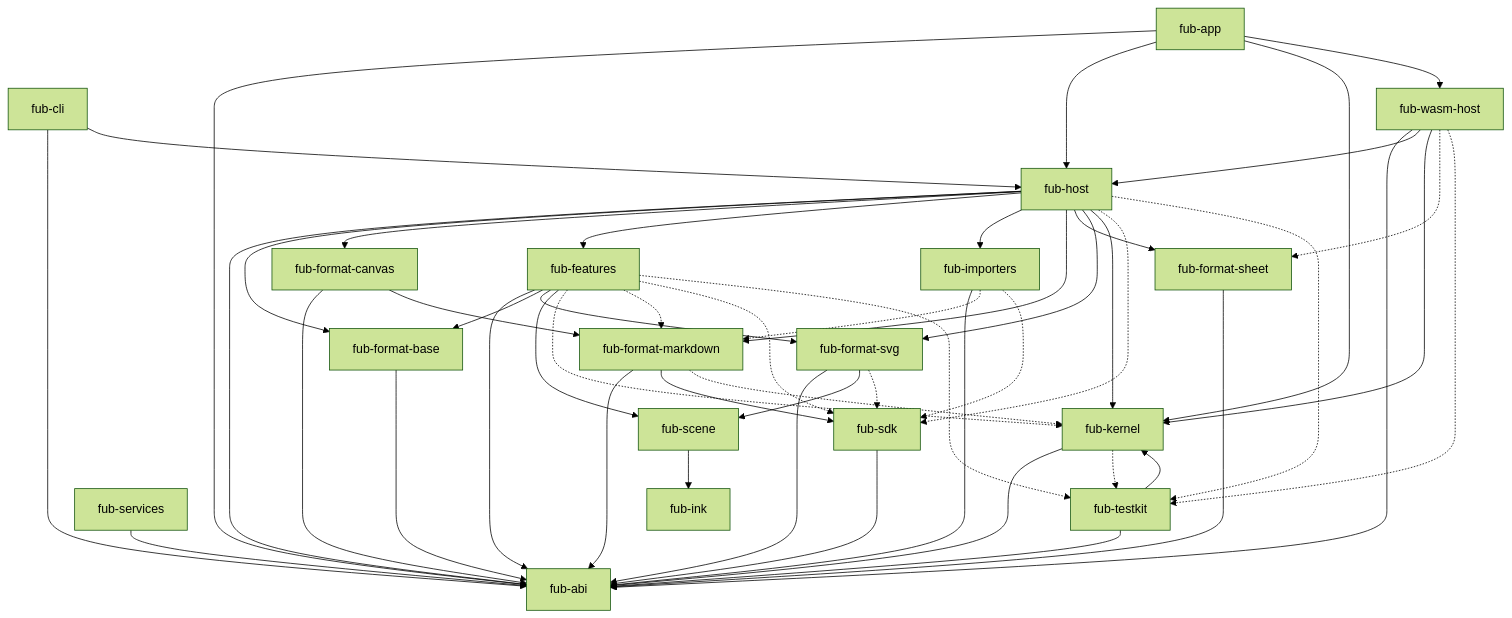
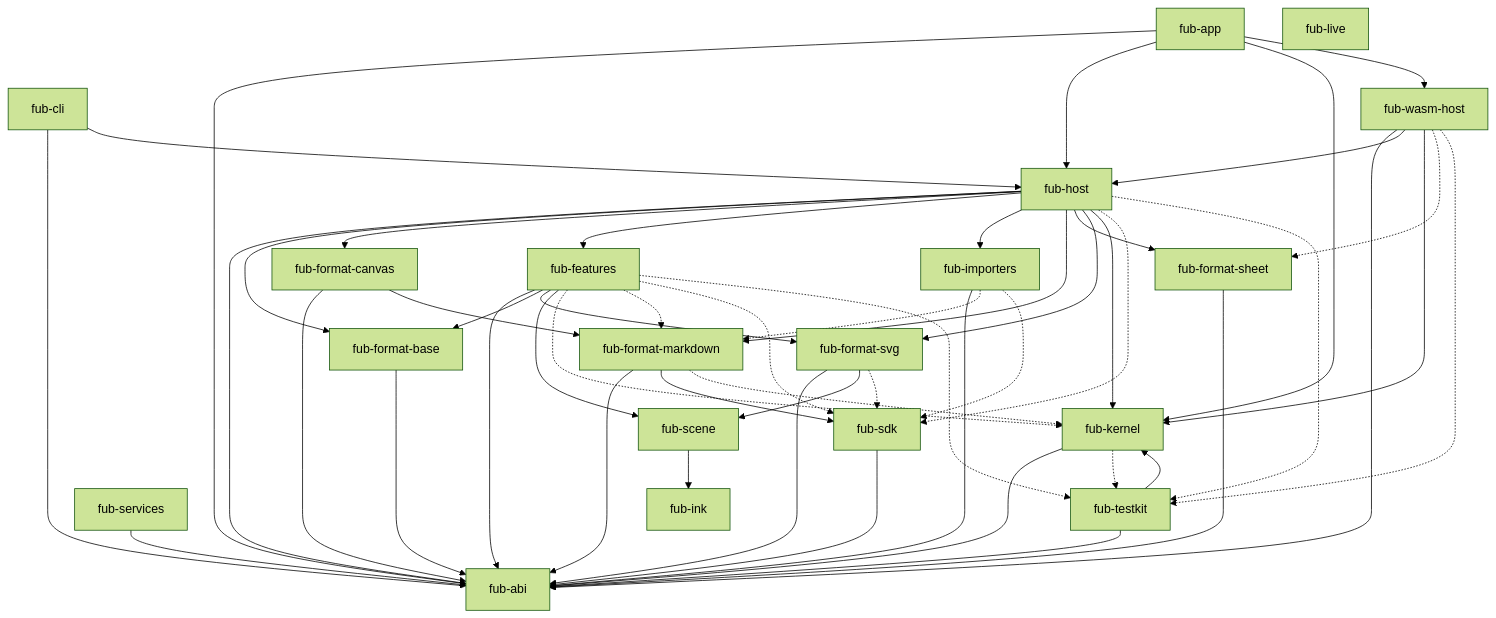
One commit to Fubeo/Fub changed the first of 2 diagrams in docs/architecture/overview.md. Above: the diagram before and after it, drawn with Mermaid (forest theme). The commit also changed other lines of this file and 16 other files, not shown here.

````diff
--- a/docs/architecture/overview.md
+++ b/docs/architecture/overview.md
@@ -28,76 +28,77 @@
 ```mermaid
 flowchart TD
     %% @grafo-dipendenze
     %% Questo blocco è confrontato con cargo metadata da dependency_invariant.rs.
 
     app["fub-app"]
     host["fub-host"]
     features["fub-features"]
     markdown["fub-format-markdown"]
     sheet["fub-format-sheet"]
     base["fub-format-base"]
     canvas["fub-format-canvas"]
     svg["fub-format-svg"]
     scene["fub-scene"]
     ink["fub-ink"]
     importers["fub-importers"]
     cli["fub-cli"]
     services["fub-services"]
+    live["fub-live"]
     wasmhost["fub-wasm-host"]
     sdk["fub-sdk"]
     testkit["fub-testkit"]
     kernel["fub-kernel"]
     abi["fub-abi"]
 
     app --> abi
     app --> host
     app --> kernel
     app --> wasmhost
     host --> abi
     host --> base
     host --> canvas
     host --> features
     host --> importers
     host --> markdown
     host --> sheet
     host --> svg
     host --> kernel
     cli --> abi
     cli --> host
     services --> abi
     base --> abi
     canvas --> abi
     canvas --> markdown
     importers --> abi
     features --> abi
     features --> base
     features --> svg
     features --> scene
     markdown --> abi
     markdown --> sdk
     sheet --> abi
     svg --> abi
     svg --> scene
     scene --> ink
     wasmhost --> abi
     wasmhost --> host
     wasmhost --> kernel
     kernel --> abi
     sdk --> abi
     testkit --> abi
     testkit --> kernel
 
     features -.-> kernel
     features -.-> markdown
     features -.-> sdk
     features -.-> testkit
     markdown -.-> kernel
     kernel -.-> testkit
     host -.-> sdk
     host -.-> testkit
     wasmhost -.-> sheet
     wasmhost -.-> testkit
     importers -.-> markdown
     importers -.-> sdk
     svg -.-> sdk
 ```
````
